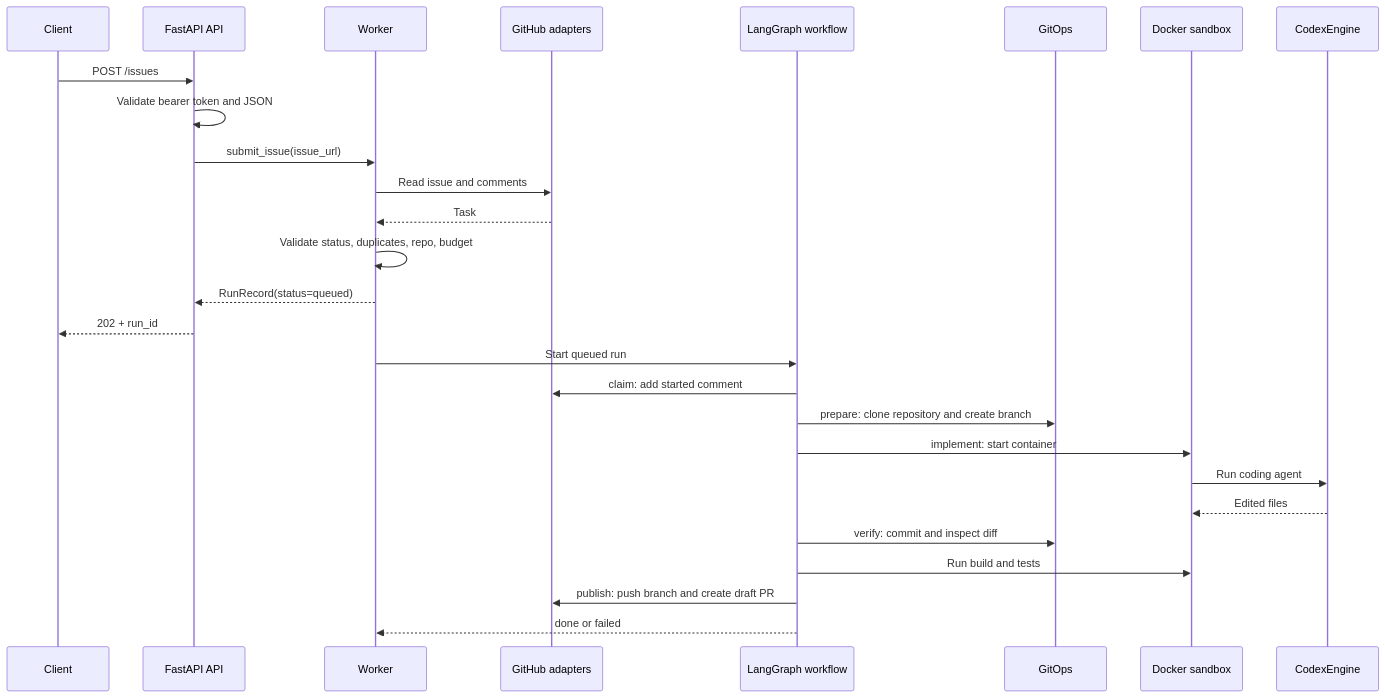
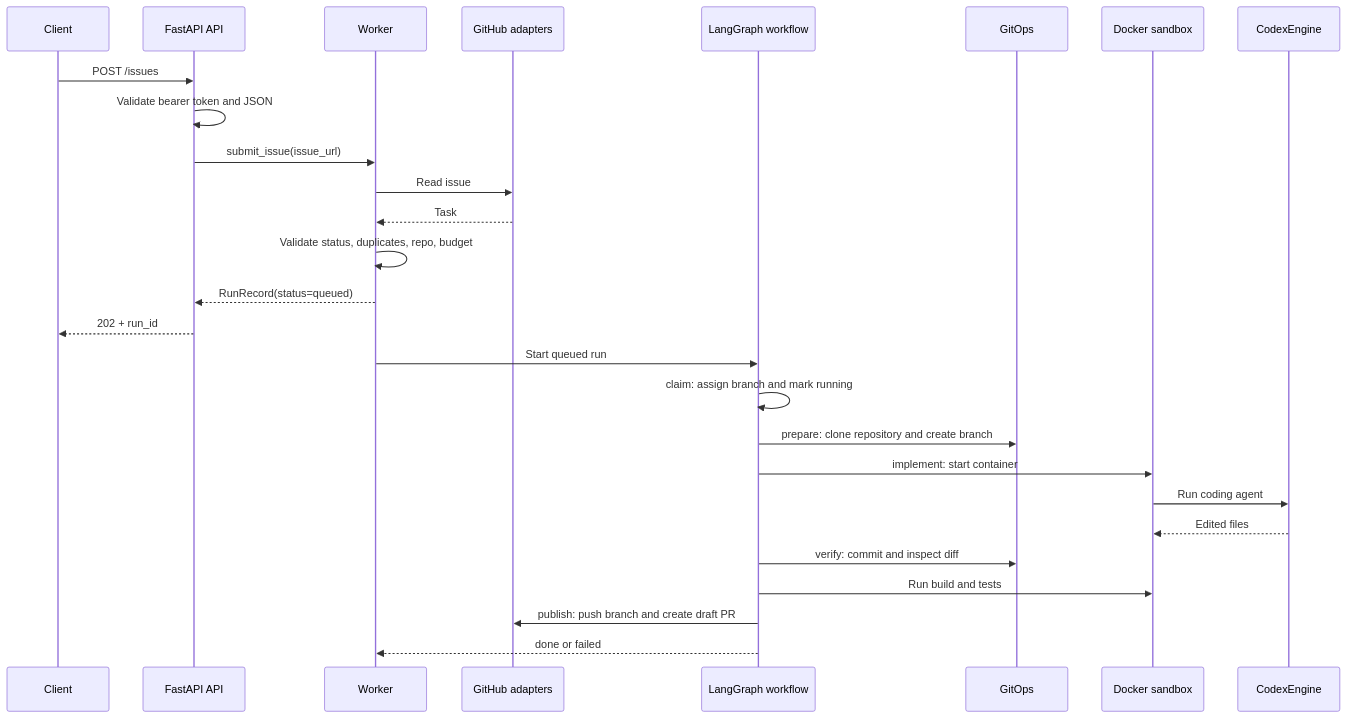
The diagram in README.md (Nikoo-Asadnejad/DevAgent), drawn with Mermaid before and after one commit. The commit also changed other lines of this file and 20 other files, not shown here.

First line of the commit message:
fix: keep issue access read-only and repair sandbox verification

````diff
--- a/README.md
+++ b/README.md
@@ -26,31 +26,31 @@
 ```mermaid
 sequenceDiagram
     participant Client
     participant API as FastAPI API
     participant Worker
     participant GitHub as GitHub adapters
     participant Graph as LangGraph workflow
     participant Git as GitOps
     participant Sandbox as Docker sandbox
     participant Codex as CodexEngine
 
     Client->>API: POST /issues
     API->>API: Validate bearer token and JSON
     API->>Worker: submit_issue(issue_url)
-    Worker->>GitHub: Read issue and comments
+    Worker->>GitHub: Read issue
     GitHub-->>Worker: Task
     Worker->>Worker: Validate status, duplicates, repo, budget
     Worker-->>API: RunRecord(status=queued)
     API-->>Client: 202 + run_id
 
     Worker->>Graph: Start queued run
-    Graph->>GitHub: claim: add started comment
+    Graph->>Graph: claim: assign branch and mark running
     Graph->>Git: prepare: clone repository and create branch
     Graph->>Sandbox: implement: start container
     Sandbox->>Codex: Run coding agent
     Codex-->>Sandbox: Edited files
     Graph->>Git: verify: commit and inspect diff
     Graph->>Sandbox: Run build and tests
     Graph->>GitHub: publish: push branch and create draft PR
     Graph-->>Worker: done or failed
 ```
````
